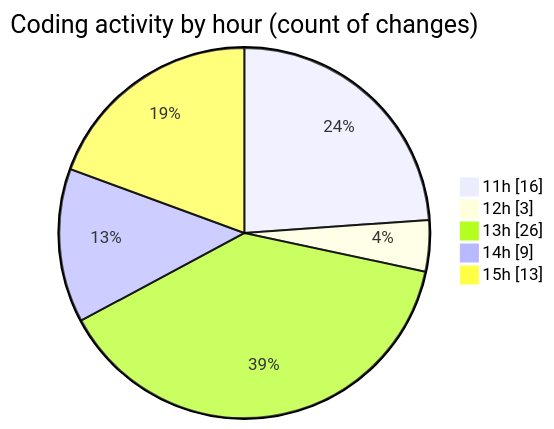
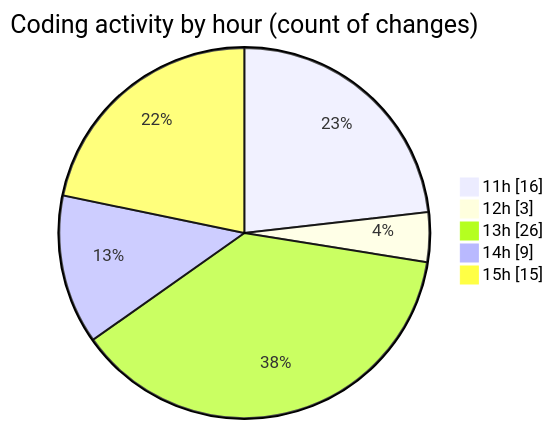
The second of 2 diagrams in 2026-03-31/nxtqube_webapp/README.md (nxtqubesakshisongat/code-tracking), drawn with Mermaid before and after one commit. The commit also changed other lines of this file and 1 other file, not shown here.

````diff
--- a/2026-03-31/nxtqube_webapp/README.md
+++ b/2026-03-31/nxtqube_webapp/README.md
@@ -32,9 +32,9 @@
 ```mermaid
 pie showData
 title Coding activity by hour (count of changes)
 "11h" : 16
 "12h" : 3
 "13h" : 26
 "14h" : 9
-"15h" : 13
+"15h" : 15
 ```
````
